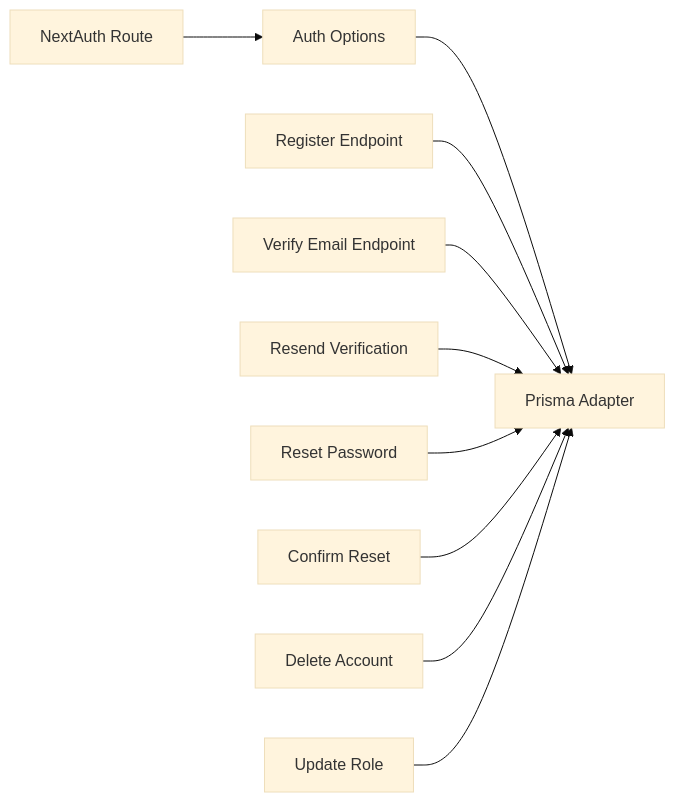
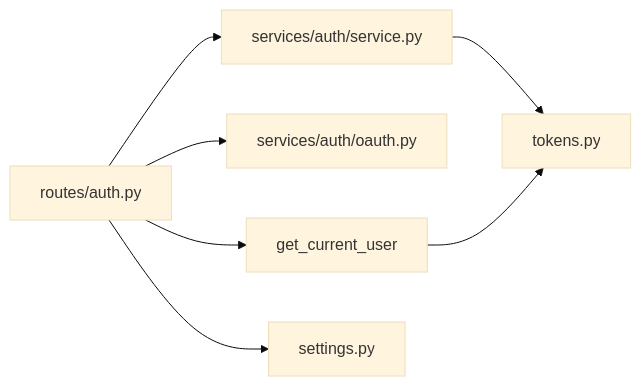
Before and after one commit to tashifkhan/tashif.codes: the fifth of 5 diagrams in src/data/docs/talentsync/Backend API Reference/Authentication API.md, drawn with Mermaid (base theme). The commit also changed other lines of this file and 2128 other files, not shown here.

First line of the commit message:
docs: replace raster diagram images with native Mermaid across project guides

````diff
--- a/src/data/docs/talentsync/Backend API Reference/Authentication API.md
+++ b/src/data/docs/talentsync/Backend API Reference/Authentication API.md
@@ -193,12 +179,9 @@
 ```mermaid
 graph LR
-NA["NextAuth Route"] --> AO["Auth Options"]
-AO --> PRISMA["Prisma Adapter"]
-REG["Register Endpoint"] --> PRISMA
-VER["Verify Email Endpoint"] --> PRISMA
-RV["Resend Verification"] --> PRISMA
-RP["Reset Password"] --> PRISMA
-CR["Confirm Reset"] --> PRISMA
-DA["Delete Account"] --> PRISMA
-UR["Update Role"] --> PRISMA
+R["routes/auth.py"] --> SVC["services/auth/service.py"]
+R --> OAUTH["services/auth/oauth.py"]
+R --> DEPS["get_current_user"]
+SVC --> TOK["tokens.py"]
+DEPS --> TOK
+R --> SET["settings.py"]
 ```
````
